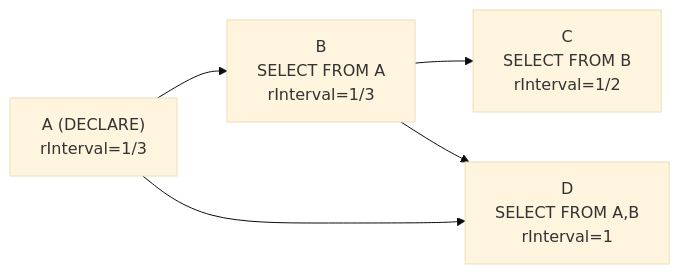
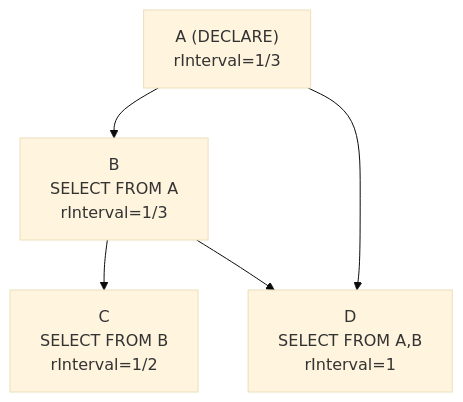
One commit to michalwidera/dokumentacja-rdb changed the second of 6 diagrams in realizacja-zapytan/algorytm-przegladu-drzewa-zapytan.md. Above: the diagram before and after it, drawn with Mermaid (base theme). The commit also changed other lines of this file, not shown here.

````diff
--- a/realizacja-zapytan/algorytm-przegladu-drzewa-zapytan.md
+++ b/realizacja-zapytan/algorytm-przegladu-drzewa-zapytan.md
@@ -29,7 +29,7 @@
 ```mermaid
-graph LR
+graph TD
     A["A (DECLARE)\nrInterval=1/3"] --> B["B\nSELECT FROM A\nrInterval=1/3"]
     A --> D["D\nSELECT FROM A,B\nrInterval=1"]
     B --> C["C\nSELECT FROM B\nrInterval=1/2"]
     B --> D
 ```
````
